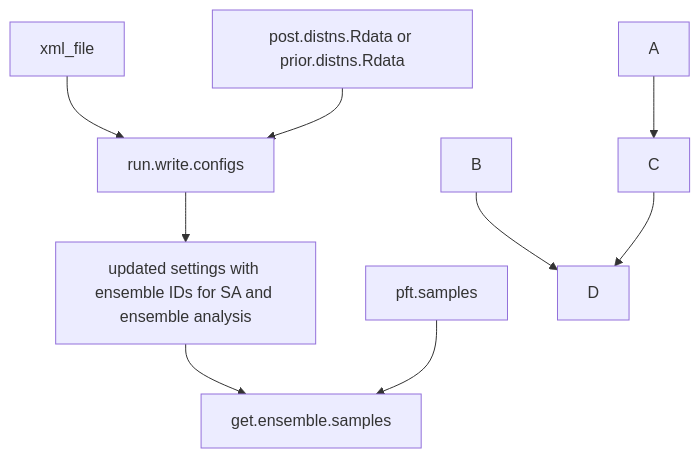
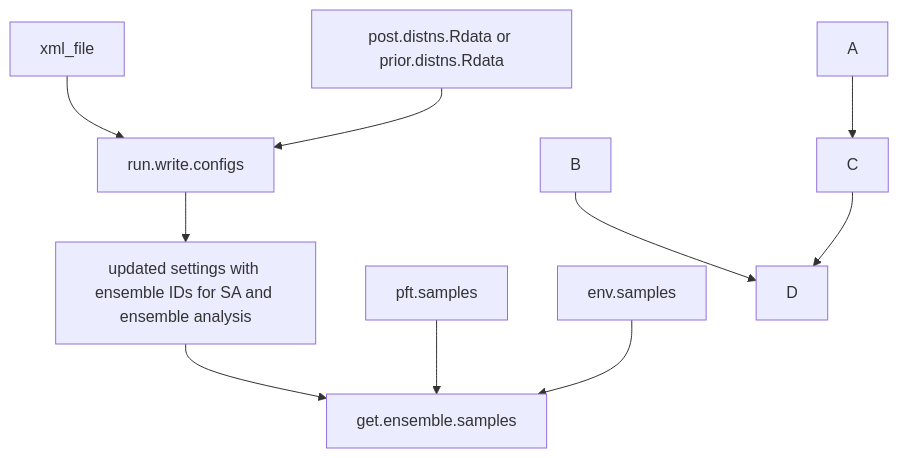
Before and after one commit to ecamo19/gsoc_project_2022_vm: the diagram in README.md, drawn with Mermaid.

````diff
--- a/README.md
+++ b/README.md
@@ -49,11 +49,12 @@
 ```mermaid
   graph TD;
       settings[xml_file]-->run.write.configs ;
       posterior.files[post.distns.Rdata or prior.distns.Rdata]-->run.write.configs;
       run.write.configs-->output_1[updated settings with ensemble IDs for SA and ensemble analysis ];
       output_1[updated settings with ensemble IDs for SA and ensemble analysis]-->get.ensemble.samples;
       input_get_ensemble_1[pft.samples]-->get.ensemble.samples;
+      input_get_ensemble_2[env.samples]-->get.ensemble.samples;
       A-->C;
       B-->D;
       C-->D;
 ```
````
